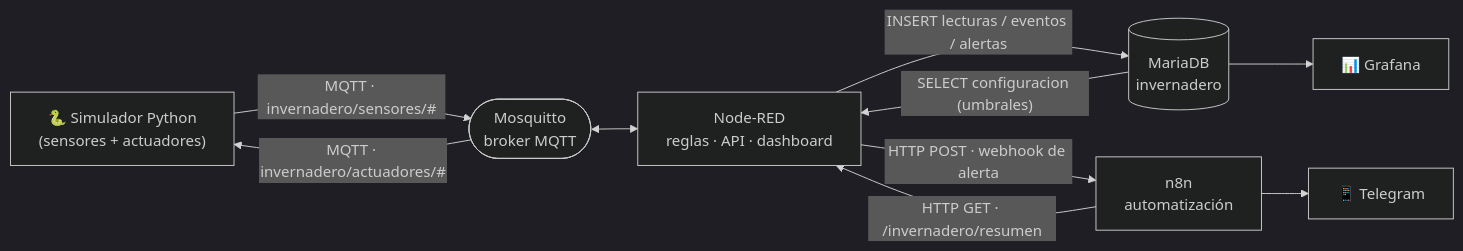
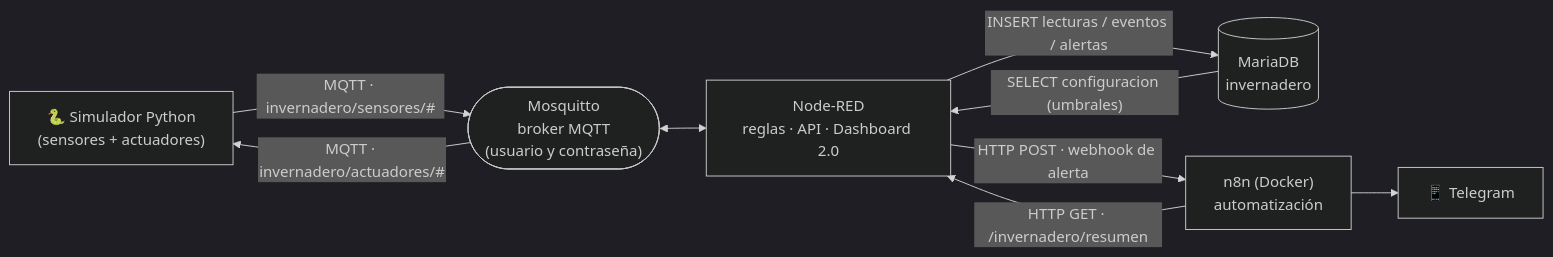
The diagram in README.md (almaanabella-harv/invernadero-iot), drawn with Mermaid (dark theme) before and after one commit. The commit also changed other lines of this file and 8 other files, not shown here.

Commit message:
Versión final: Dashboard 2.0, n8n en Docker, MQTT con usuario, sin Grafana

````diff
--- a/README.md
+++ b/README.md
@@ -33,20 +33,18 @@
 ```mermaid
 flowchart LR
     SIM["🐍 Simulador Python<br/>(sensores + actuadores)"]
-    MQ(["Mosquitto<br/>broker MQTT"])
-    NR["Node-RED<br/>reglas · API · dashboard"]
+    MQ(["Mosquitto<br/>broker MQTT<br/>(usuario y contraseña)"])
+    NR["Node-RED<br/>reglas · API · Dashboard 2.0"]
     DB[("MariaDB<br/>invernadero")]
-    N8N["n8n<br/>automatización"]
+    N8N["n8n (Docker)<br/>automatización"]
     TG["📱 Telegram"]
-    GF["📊 Grafana"]
 
     SIM -- "MQTT · invernadero/sensores/#" --> MQ
     MQ -- "MQTT · invernadero/actuadores/#" --> SIM
     MQ <--> NR
     NR -- "INSERT lecturas / eventos / alertas" --> DB
     DB -- "SELECT configuracion (umbrales)" --> NR
     NR -- "HTTP POST · webhook de alerta" --> N8N
     N8N -- "HTTP GET · /invernadero/resumen" --> NR
     N8N --> TG
-    DB --> GF
 ```
````
